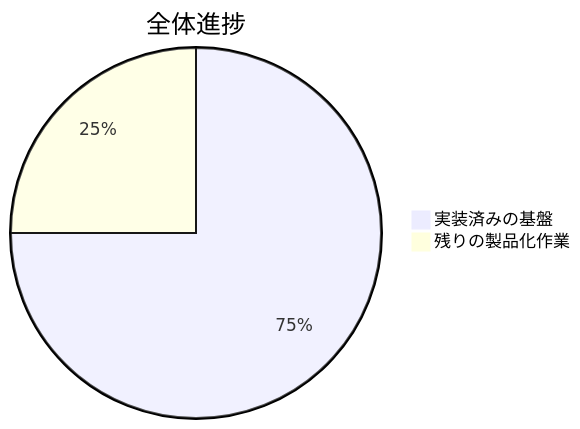
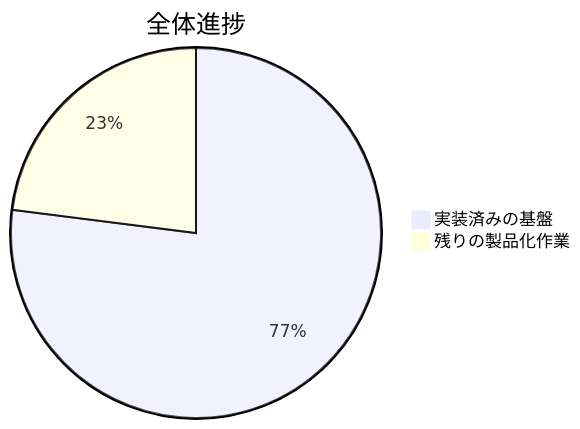
The first of 5 diagrams in README.ja.md (lingmulongtai/GlyphRay), drawn with Mermaid before and after one commit. The commit also changed other lines of this file and 32 other files, not shown here.

````diff
--- a/README.ja.md
+++ b/README.ja.md
@@ -15,5 +15,5 @@
 ```mermaid
 pie title 全体進捗
-  "実装済みの基盤" : 75
-  "残りの製品化作業" : 25
+  "実装済みの基盤" : 77
+  "残りの製品化作業" : 23
 ```
````
